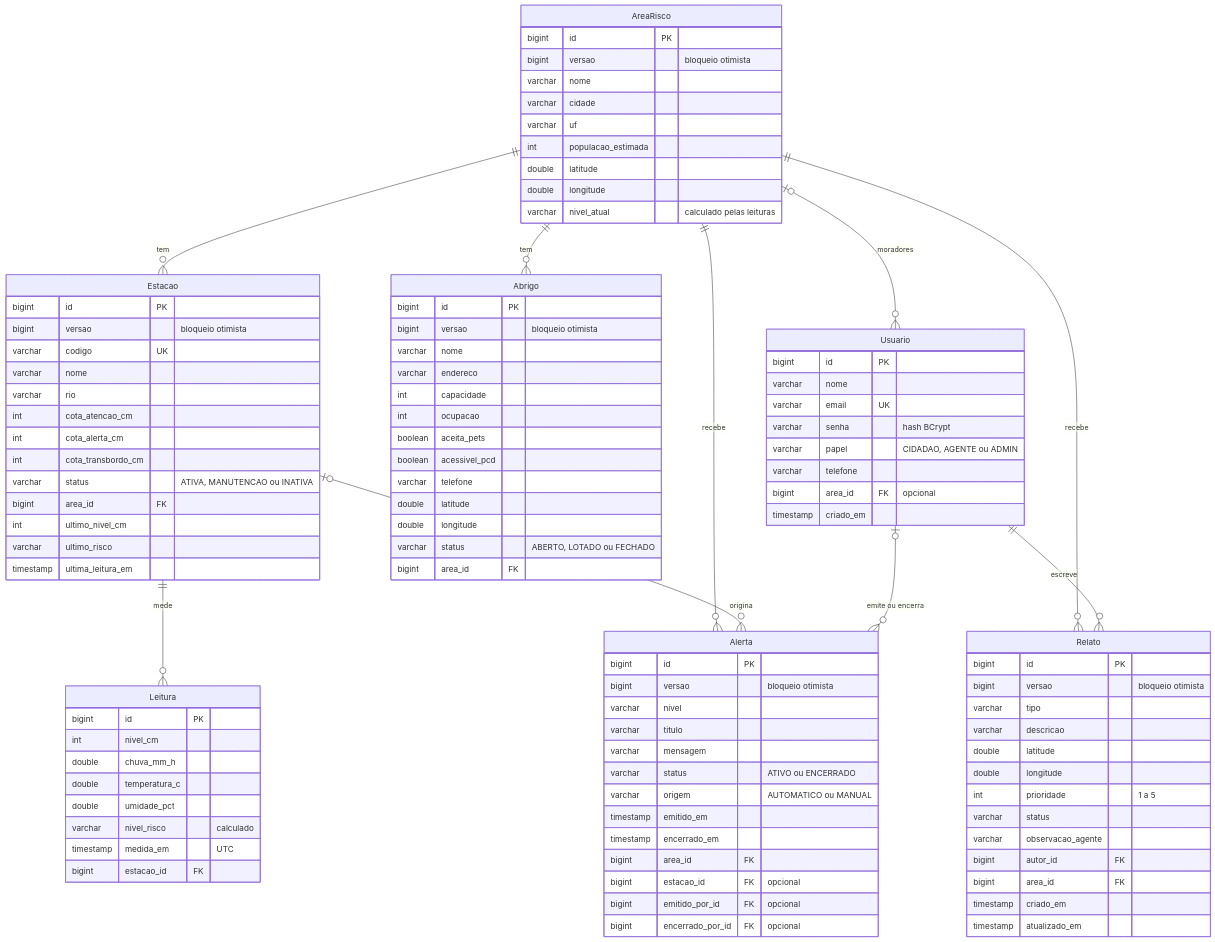
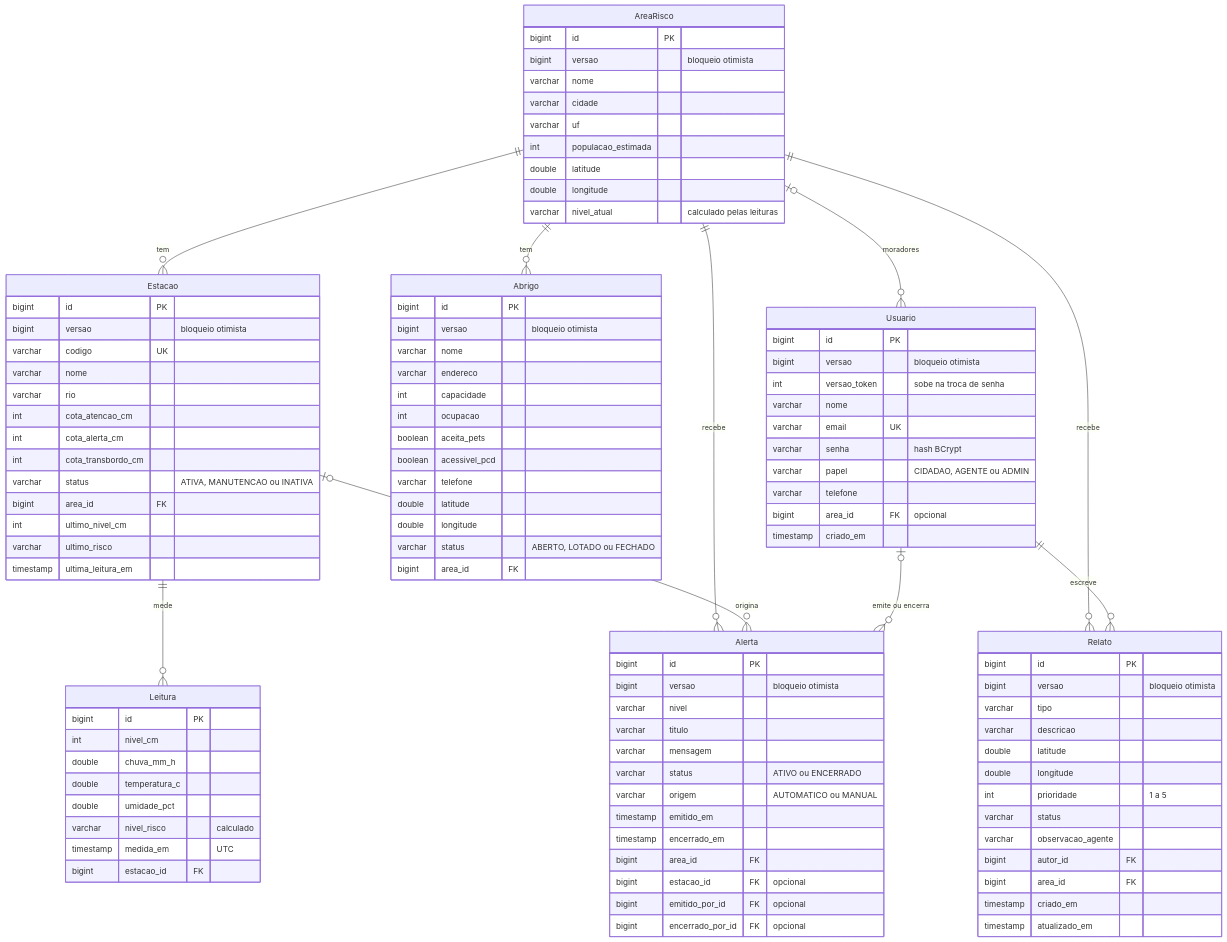
The diagram in README.md (Raphael-Sinelli/guardario-api), drawn with Mermaid before and after one commit. The commit also changed other lines of this file, not shown here.

First line of the commit message:
docs: põe a versão e a versão do token do Usuario no diagrama e divide os parágrafos longos do README

```diff
--- a/README.md
+++ b/README.md
@@ -138,6 +151,8 @@
 
     Usuario {
         bigint id PK
+        bigint versao "bloqueio otimista"
+        int versao_token "sobe na troca de senha"
         varchar nome
         varchar email UK
         varchar senha "hash BCrypt"
```
